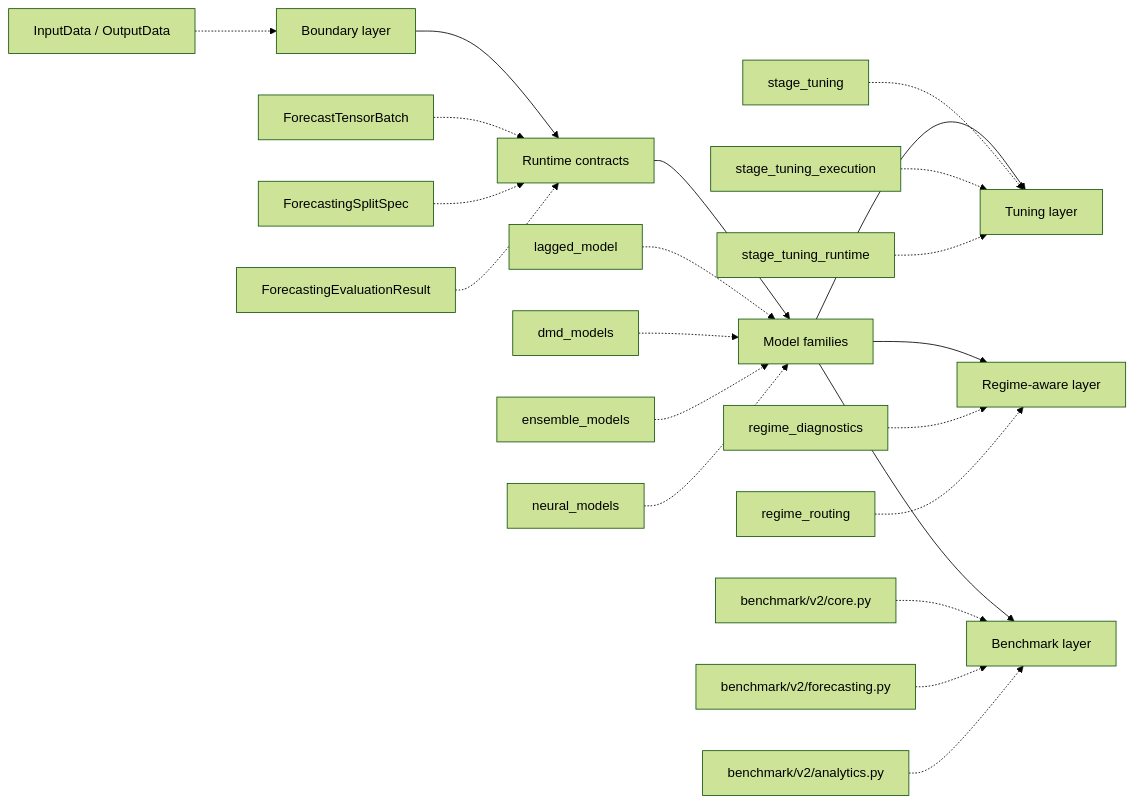
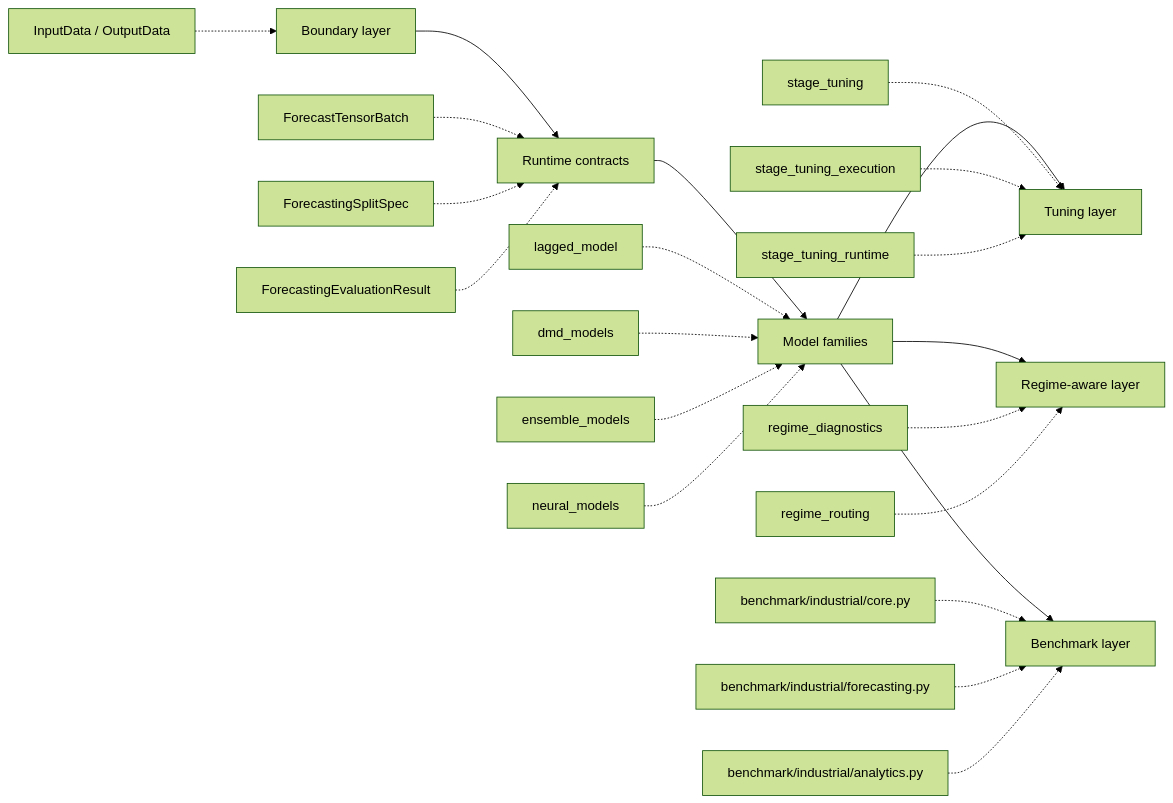
Before and after one commit to aimclub/Fedot.Industrial: the second of 15 diagrams in docs/release_summary/forecasting_prerelease_270426/2.Концептуальная схема разработанной архитектуры модулья прогнозирования.md, drawn with Mermaid (forest theme). The commit also changed other lines of this file and 46 other files, not shown here.

````diff
--- a/docs/release_summary/forecasting_prerelease_270426/2.Концептуальная схема разработанной архитектуры модулья прогнозирования.md
+++ b/docs/release_summary/forecasting_prerelease_270426/2.Концептуальная схема разработанной архитектуры модулья прогнозирования.md
@@ -50,29 +50,29 @@
 ```mermaid
 flowchart LR
     A["Boundary layer"] --> B["Runtime contracts"]
     B --> C["Model families"]
     C --> D["Tuning layer"]
     C --> E["Regime-aware layer"]
     C --> F["Benchmark layer"]
 
     A1["InputData / OutputData"] -.-> A
     B1["ForecastTensorBatch"] -.-> B
     B2["ForecastingSplitSpec"] -.-> B
     B3["ForecastingEvaluationResult"] -.-> B
 
     C1["lagged_model"] -.-> C
     C2["dmd_models"] -.-> C
     C3["ensemble_models"] -.-> C
     C4["neural_models"] -.-> C
 
     D1["stage_tuning"] -.-> D
     D2["stage_tuning_execution"] -.-> D
     D3["stage_tuning_runtime"] -.-> D
 
     E1["regime_diagnostics"] -.-> E
     E2["regime_routing"] -.-> E
 
-    F1["benchmark/v2/core.py"] -.-> F
-    F2["benchmark/v2/forecasting.py"] -.-> F
-    F3["benchmark/v2/analytics.py"] -.-> F
+    F1["benchmark/industrial/core.py"] -.-> F
+    F2["benchmark/industrial/forecasting.py"] -.-> F
+    F3["benchmark/industrial/analytics.py"] -.-> F
 ```
````
